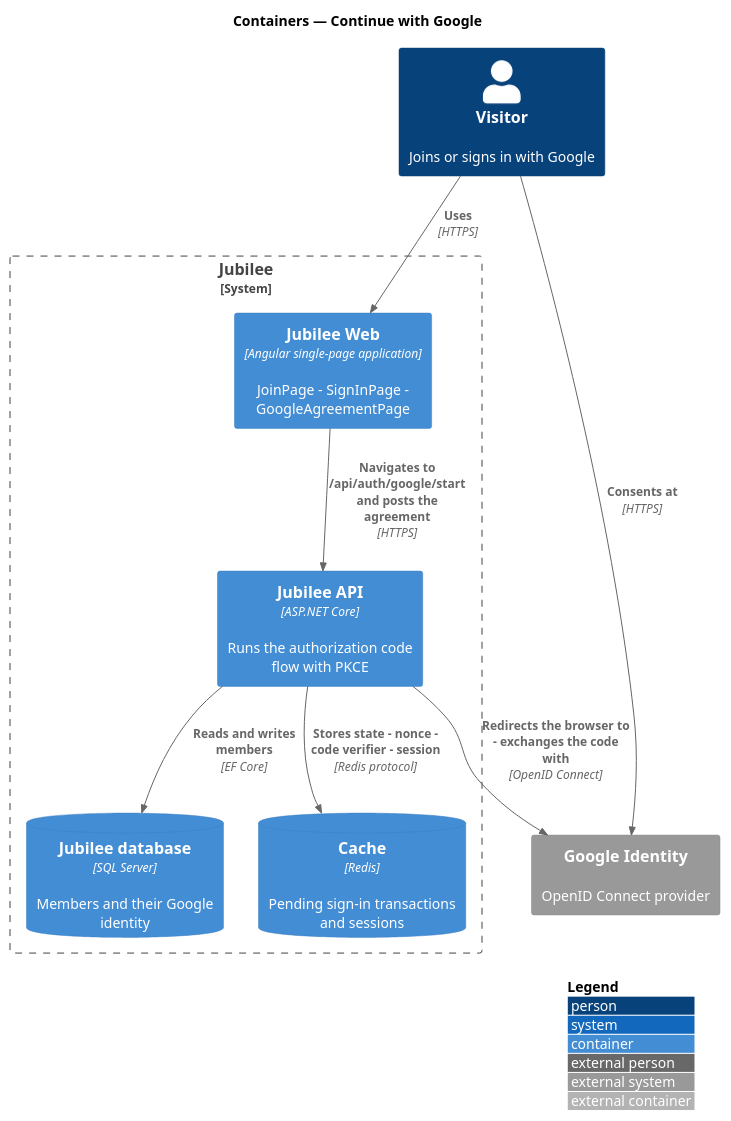
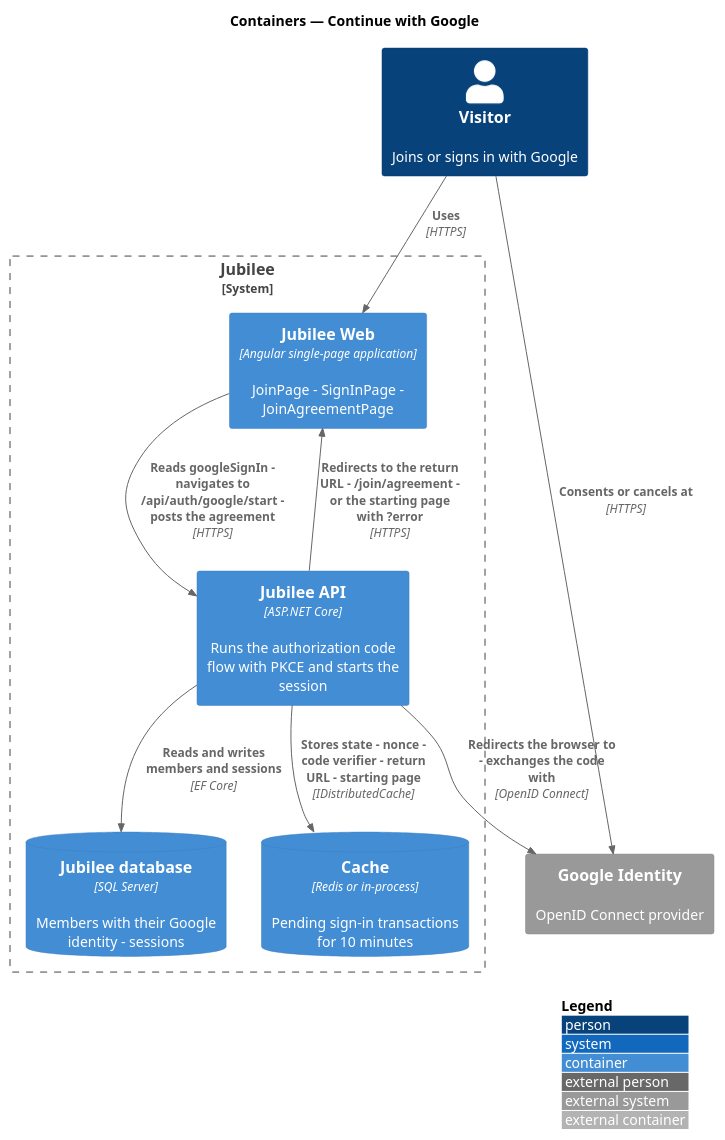
One commit to QuinntyneBrown/jubilee changed the diagram in docs/detailed-designs/accounts/continue-with-google/diagrams/c4-container.puml. Above: the diagram before and after it, drawn with PlantUML. The commit also changed 40 other files, not shown here.

First line of the commit message:
Bring the join, confirm e-mail and Google designs in line with the code

```diff
--- a/docs/detailed-designs/accounts/continue-with-google/diagrams/c4-container.puml
+++ b/docs/detailed-designs/accounts/continue-with-google/diagrams/c4-container.puml
@@ -1,21 +1,22 @@
 @startuml
 !include <C4/C4_Container>
 LAYOUT_WITH_LEGEND()
 title Containers — Continue with Google
 
 Person(visitor, "Visitor", "Joins or signs in with Google")
 System_Boundary(jubilee, "Jubilee") {
-  Container(web, "Jubilee Web", "Angular single-page application", "JoinPage - SignInPage - GoogleAgreementPage")
-  Container(api, "Jubilee API", "ASP.NET Core", "Runs the authorization code flow with PKCE")
-  ContainerDb(db, "Jubilee database", "SQL Server", "Members and their Google identity")
-  ContainerDb(cache, "Cache", "Redis", "Pending sign-in transactions and sessions")
+  Container(web, "Jubilee Web", "Angular single-page application", "JoinPage - SignInPage - JoinAgreementPage")
+  Container(api, "Jubilee API", "ASP.NET Core", "Runs the authorization code flow with PKCE and starts the session")
+  ContainerDb(db, "Jubilee database", "SQL Server", "Members with their Google identity - sessions")
+  ContainerDb(cache, "Cache", "Redis or in-process", "Pending sign-in transactions for 10 minutes")
 }
 System_Ext(google, "Google Identity", "OpenID Connect provider")
 
 Rel(visitor, web, "Uses", "HTTPS")
-Rel(web, api, "Navigates to /api/auth/google/start and posts the agreement", "HTTPS")
+Rel(web, api, "Reads googleSignIn - navigates to /api/auth/google/start - posts the agreement", "HTTPS")
 Rel(api, google, "Redirects the browser to - exchanges the code with", "OpenID Connect")
-Rel(visitor, google, "Consents at", "HTTPS")
-Rel(api, cache, "Stores state - nonce - code verifier - session", "Redis protocol")
-Rel(api, db, "Reads and writes members", "EF Core")
+Rel(visitor, google, "Consents or cancels at", "HTTPS")
+Rel(api, cache, "Stores state - nonce - code verifier - return URL - starting page", "IDistributedCache")
+Rel(api, db, "Reads and writes members and sessions", "EF Core")
+Rel(api, web, "Redirects to the return URL - /join/agreement - or the starting page with ?error", "HTTPS")
 @enduml
```
